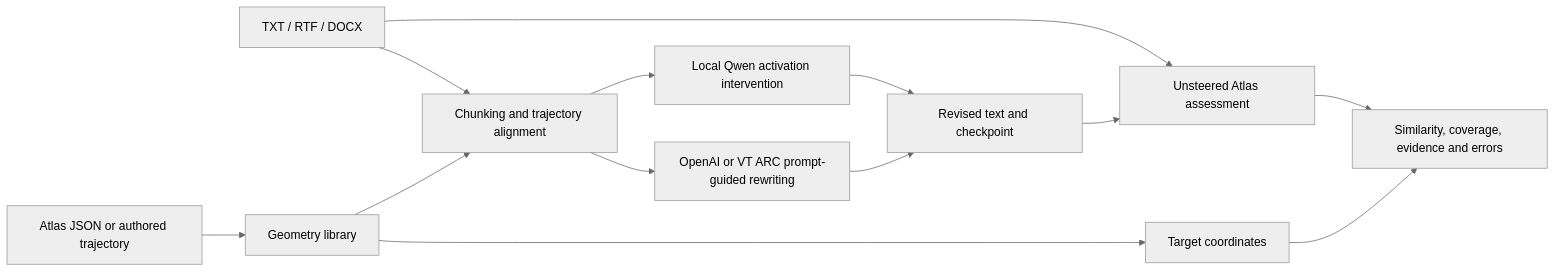
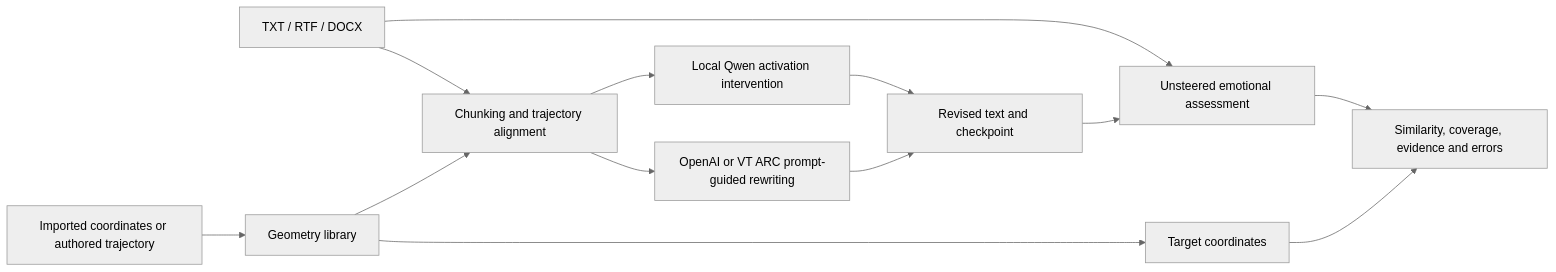
Before and after one commit to FL2744/AFFECTOR: the diagram in docs/TECHNICAL_REPORT.md, drawn with Mermaid (neutral theme). The commit also changed other lines of this file and 5 other files, not shown here.

````diff
--- a/docs/TECHNICAL_REPORT.md
+++ b/docs/TECHNICAL_REPORT.md
@@ -43,15 +43,15 @@
 ```mermaid
 flowchart LR
-    A[Atlas JSON or authored trajectory] --> B[Geometry library]
+    A[Imported coordinates or authored trajectory] --> B[Geometry library]
     D[TXT / RTF / DOCX] --> E[Chunking and trajectory alignment]
     B --> E
     E --> F[Local Qwen activation intervention]
     E --> G[OpenAI or VT ARC prompt-guided rewriting]
     F --> H[Revised text and checkpoint]
     G --> H
-    D --> I[Unsteered Atlas assessment]
+    D --> I[Unsteered emotional assessment]
     H --> I
     B --> J[Target coordinates]
     I --> K[Similarity, coverage, evidence and errors]
     J --> K
 ```
````
